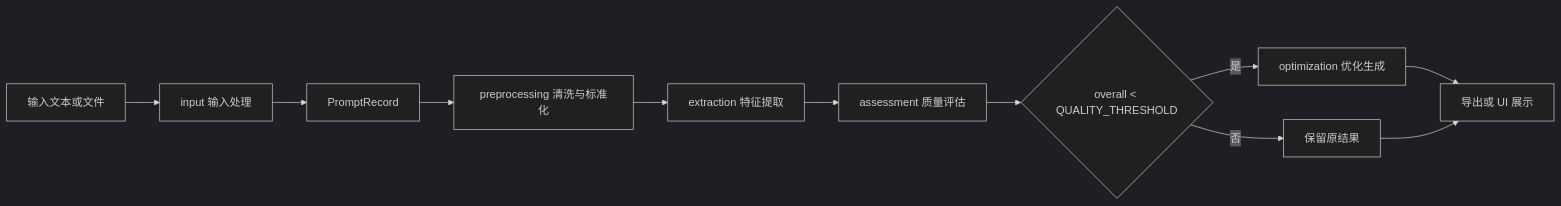
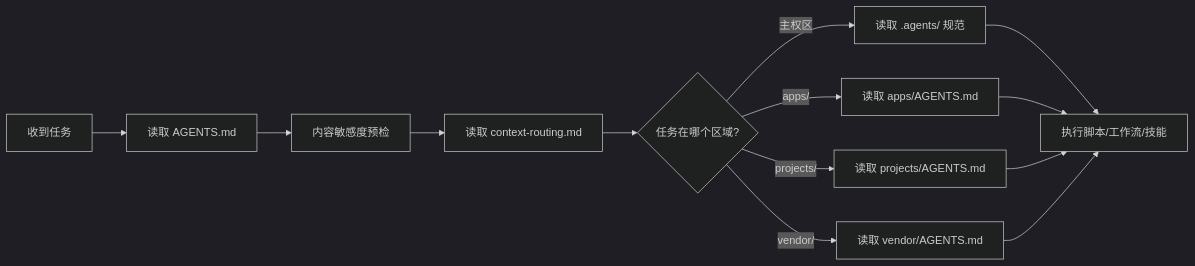
Before and after one commit to xinetzone/SpecWeave: the second of 4 diagrams in .agents/docs/code-wiki/architecture.md, drawn with Mermaid (dark theme). The commit also changed other lines of this file and 18 other files, not shown here.

````diff
--- a/.agents/docs/code-wiki/architecture.md
+++ b/.agents/docs/code-wiki/architecture.md
@@ -109,13 +53,15 @@
 ```mermaid
 flowchart LR
-    A["输入文本或文件"] --> B["input 输入处理"]
-    B --> C[PromptRecord]
-    C --> D["preprocessing 清洗与标准化"]
-    D --> E["extraction 特征提取"]
-    E --> F["assessment 质量评估"]
-    F --> G{"overall < QUALITY_THRESHOLD"}
-    G -->|"是"| H["optimization 优化生成"]
-    G -->|"否"| I["保留原结果"]
-    H --> J["导出或 UI 展示"]
+    A["收到任务"] --> B["读取 AGENTS.md"]
+    B --> C["内容敏感度预检"]
+    C --> D["读取 context-routing.md"]
+    D --> E{"任务在哪个区域?"}
+    E -->|"主权区"| F["读取 .agents/ 规范"]
+    E -->|"apps/"| G["读取 apps/AGENTS.md"]
+    E -->|"projects/"| H["读取 projects/AGENTS.md"]
+    E -->|"vendor/"| I["读取 vendor/AGENTS.md"]
+    F --> J["执行脚本/工作流/技能"]
+    G --> J
+    H --> J
     I --> J
 ```
````
